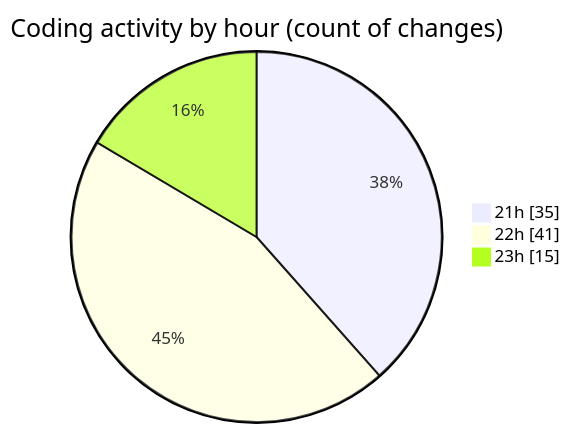
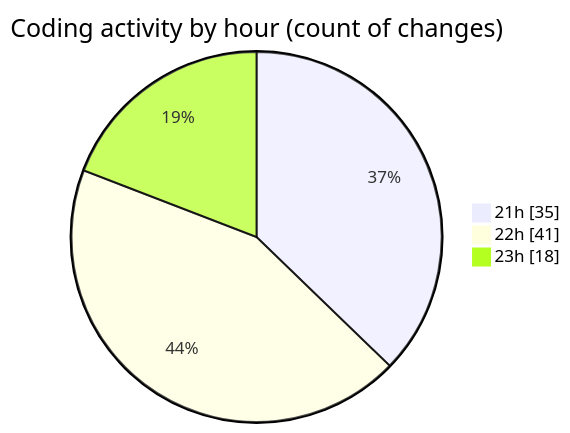
The second of 2 diagrams in 2025-01-19/typing_game/README.md (Ritupan-Deka/code-tracking), drawn with Mermaid before and after one commit. The commit also changed other lines of this file and 1 other file, not shown here.

````diff
--- a/2025-01-19/typing_game/README.md
+++ b/2025-01-19/typing_game/README.md
@@ -32,7 +32,7 @@
 ```mermaid
 pie showData
 title Coding activity by hour (count of changes)
 "21h" : 35
 "22h" : 41
-"23h" : 15
+"23h" : 18
 ```
````
